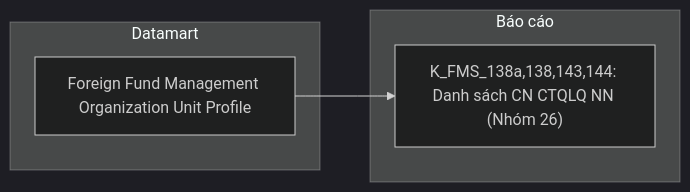
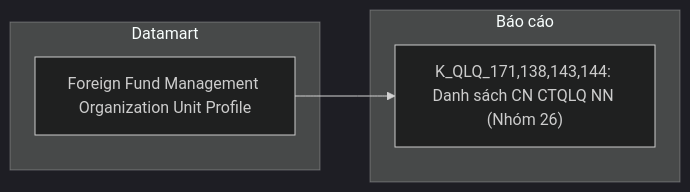
One commit to linhlvit/ubck_atomic_design changed diagram 36 of 37 in Datamart/hld/DTM_QLQ_HLD.md. Above: the diagram before and after it, drawn with Mermaid (dark theme). The commit also changed other lines of this file and 5 other files, not shown here.

````diff
--- a/Datamart/hld/DTM_QLQ_HLD.md
+++ b/Datamart/hld/DTM_QLQ_HLD.md
@@ -1589,10 +1590,10 @@
 ```mermaid
 flowchart LR
     subgraph GOLD["Datamart"]
         G1["Foreign Fund Management Organization Unit Profile"]
     end
     subgraph RPT["Báo cáo"]
-        R1["K_FMS_138a,138,143,144: Danh sách CN CTQLQ NN (Nhóm 26)"]
+        R1["K_QLQ_171,138,143,144: Danh sách CN CTQLQ NN (Nhóm 26)"]
     end
     G1 --> R1
 ```
````
